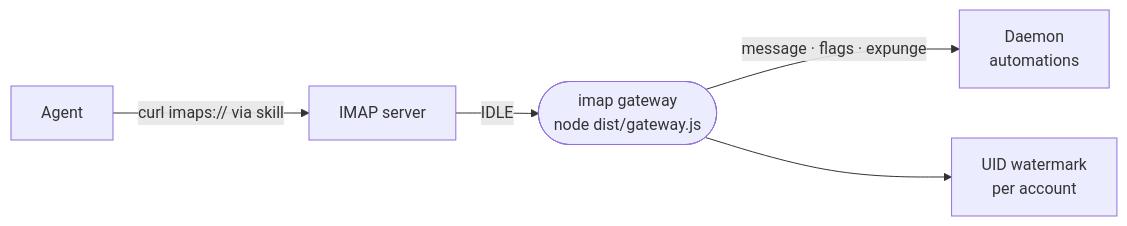
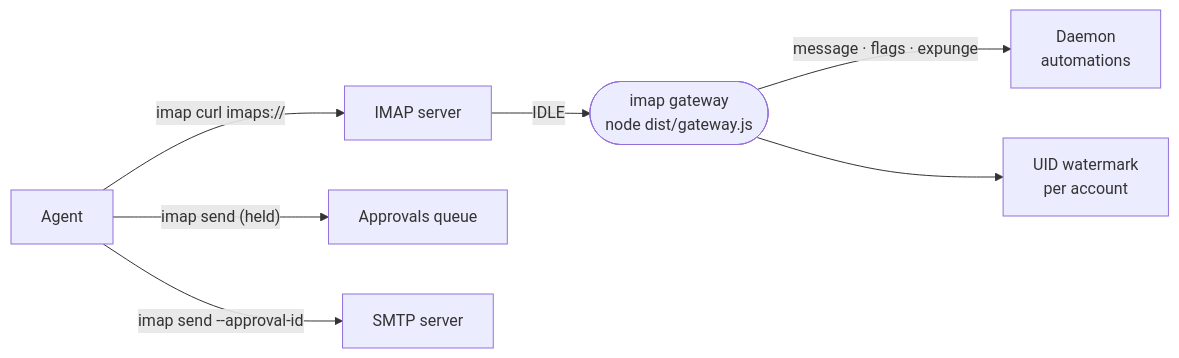
Before and after one commit to intentic/intentic: the diagram in _extensions/imap/README.md, drawn with Mermaid. The commit also changed other lines of this file and 370 other files, not shown here.

````diff
--- a/_extensions/imap/README.md
+++ b/_extensions/imap/README.md
@@ -5,7 +5,9 @@
 ```mermaid
 flowchart LR
     server["IMAP server"] -->|"IDLE"| gw(["imap gateway<br/>node dist/gateway.js"])
     gw -->|"message · flags · expunge"| daemon["Daemon<br/>automations"]
     gw --> mark["UID watermark<br/>per account"]
-    agent["Agent"] -->|"curl imaps:// via skill"| server
+    agent["Agent"] -->|"imap curl imaps://"| server
+    agent -->|"imap send (held)"| approvals["Approvals queue"]
+    agent -->|"imap send --approval-id"| smtp["SMTP server"]
 ```
````
